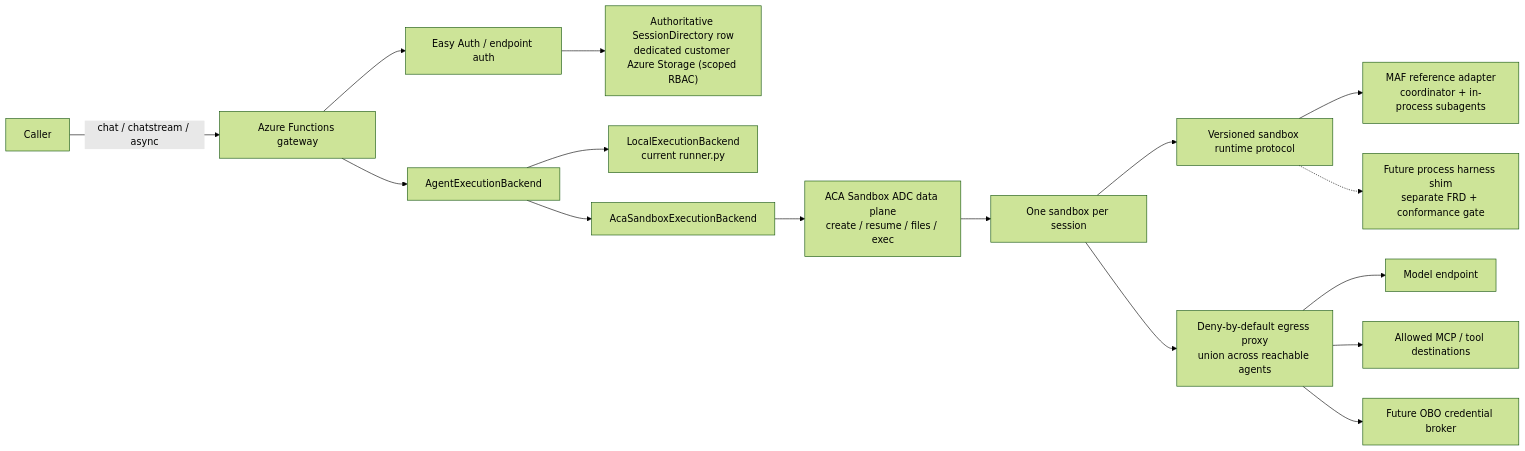
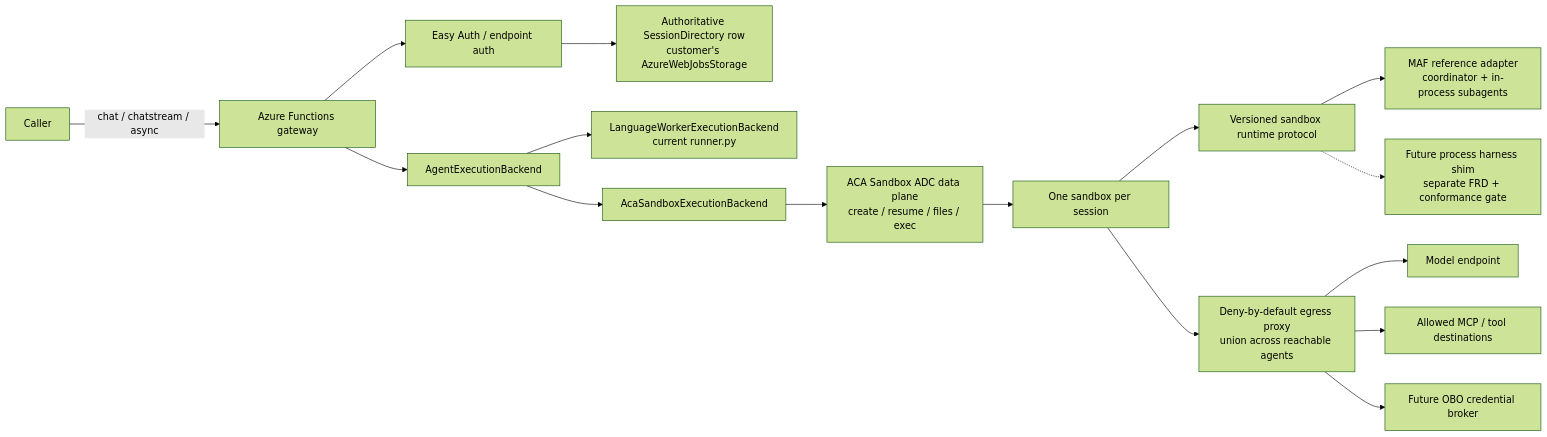
One commit to Azure/azure-functions-agents-runtime changed the diagram in docs/frds/0008-aca-sandbox-session-runtime.md. Above: the diagram before and after it, drawn with Mermaid (forest theme). The commit also changed other lines of this file and 38 other files, not shown here.

````diff
--- a/docs/frds/0008-aca-sandbox-session-runtime.md
+++ b/docs/frds/0008-aca-sandbox-session-runtime.md
@@ -87,18 +87,18 @@
 ```mermaid
 flowchart LR
     C["Caller"] -->|"chat / chatstream / async"| F["Azure Functions gateway"]
     F --> A["Easy Auth / endpoint auth"]
-    A --> D["Authoritative SessionDirectory row<br/>dedicated customer Azure Storage (scoped RBAC)"]
+    A --> D["Authoritative SessionDirectory row<br/>customer's AzureWebJobsStorage"]
     F --> E["AgentExecutionBackend"]
-    E --> L["LocalExecutionBackend<br/>current runner.py"]
+    E --> L["LanguageWorkerExecutionBackend<br/>current runner.py"]
     E --> S["AcaSandboxExecutionBackend"]
     S --> ADC["ACA Sandbox ADC data plane<br/>create / resume / files / exec"]
     ADC --> SB["One sandbox per session"]
     SB --> H["Versioned sandbox runtime protocol"]
     H --> M["MAF reference adapter<br/>coordinator + in-process subagents"]
     H -.-> X["Future process harness shim<br/>separate FRD + conformance gate"]
     SB --> P["Deny-by-default egress proxy<br/>union across reachable agents"]
     P --> AOAI["Model endpoint"]
     P --> MCP["Allowed MCP / tool destinations"]
     P --> B["Future OBO credential broker"]
 ```
````
